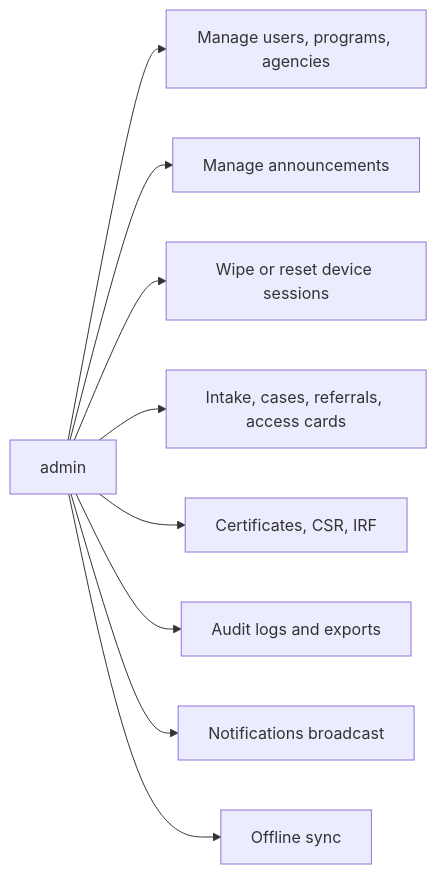
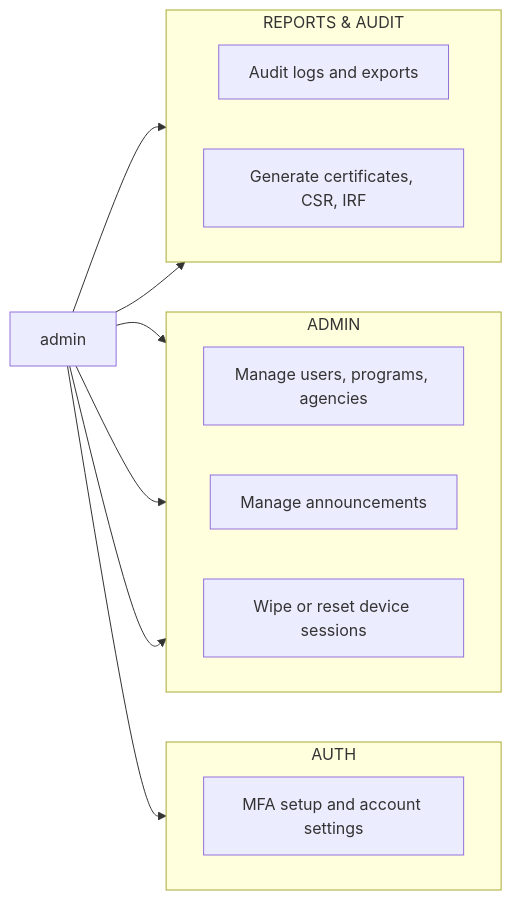
The seventh of 11 diagrams in docs/diagrams/02-use-case-diagram.md (urlsalimbot/THESIS1-KAPWA), drawn with Mermaid before and after one commit. The commit also changed other lines of this file, not shown here.

Commit message:
docs: group use cases by category within each per-role diagram

````diff
--- a/docs/diagrams/02-use-case-diagram.md
+++ b/docs/diagrams/02-use-case-diagram.md
@@ -94,12 +234,29 @@
 ```mermaid
 flowchart LR
     AD["admin"]
-    AD --> UC1["Manage users, programs, agencies"]
-    AD --> UC2["Manage announcements"]
-    AD --> UC3["Wipe or reset device sessions"]
-    AD --> UC4["Intake, cases, referrals, access cards"]
-    AD --> UC5["Certificates, CSR, IRF"]
-    AD --> UC6["Audit logs and exports"]
-    AD --> UC7["Notifications broadcast"]
-    AD --> UC8["Offline sync"]
+
+    subgraph Auth[AUTH]
+        direction LR
+        A1["MFA setup and account settings"]
+    end
+
+    subgraph Admin[ADMIN]
+        direction LR
+        A6["Manage users, programs, agencies"]
+        A7["Manage announcements"]
+        A8["Wipe or reset device sessions"]
+    end
+
+    subgraph Reports[REPORTS & AUDIT]
+        direction LR
+        A9["Audit logs and exports"]
+        A10["Generate certificates, CSR, IRF"]
+    end
+
+    AD --> A1
+    AD --> A6
+    AD --> A7
+    AD --> A8
+    AD --> A9
+    AD --> A10
 ```
````
